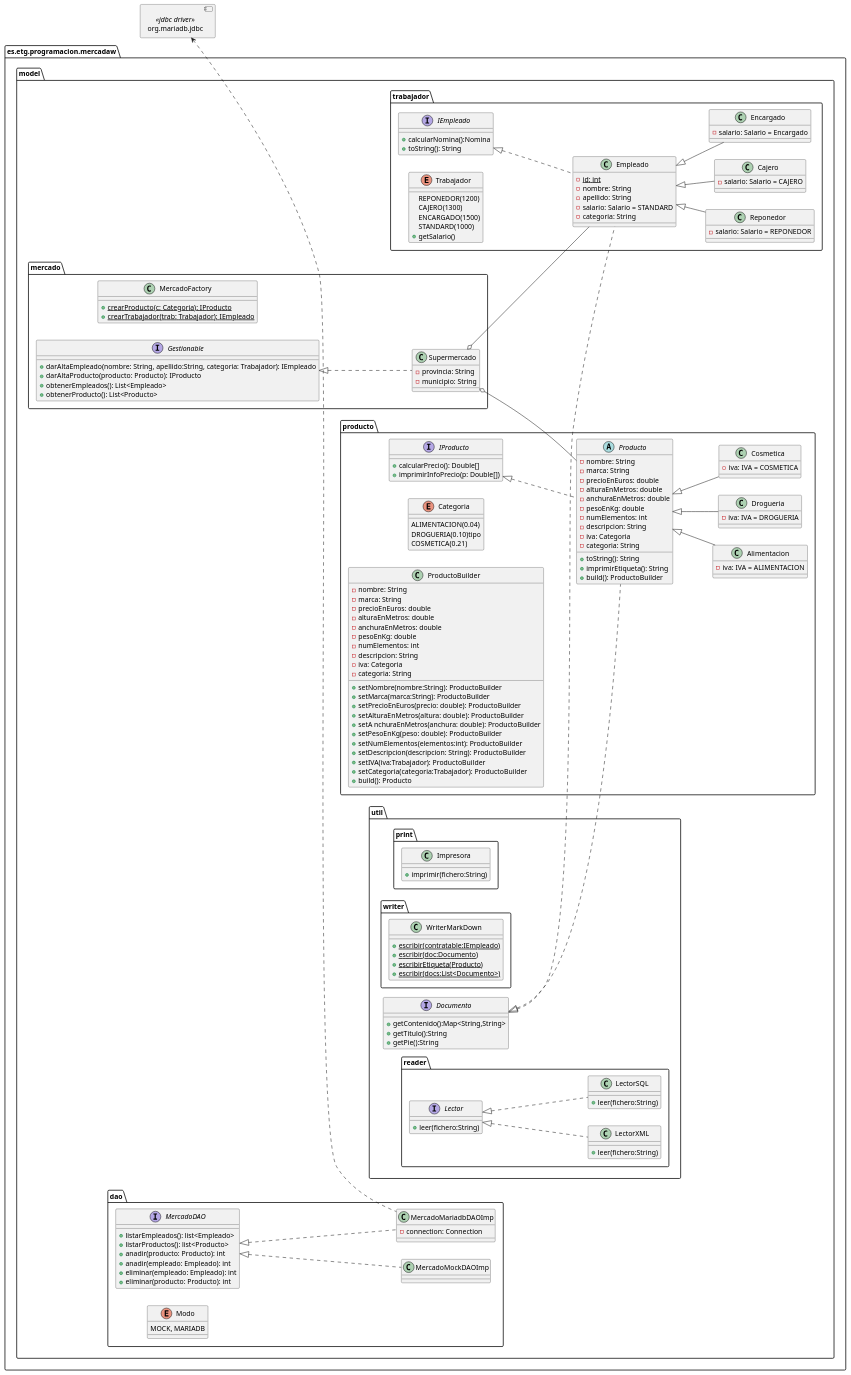
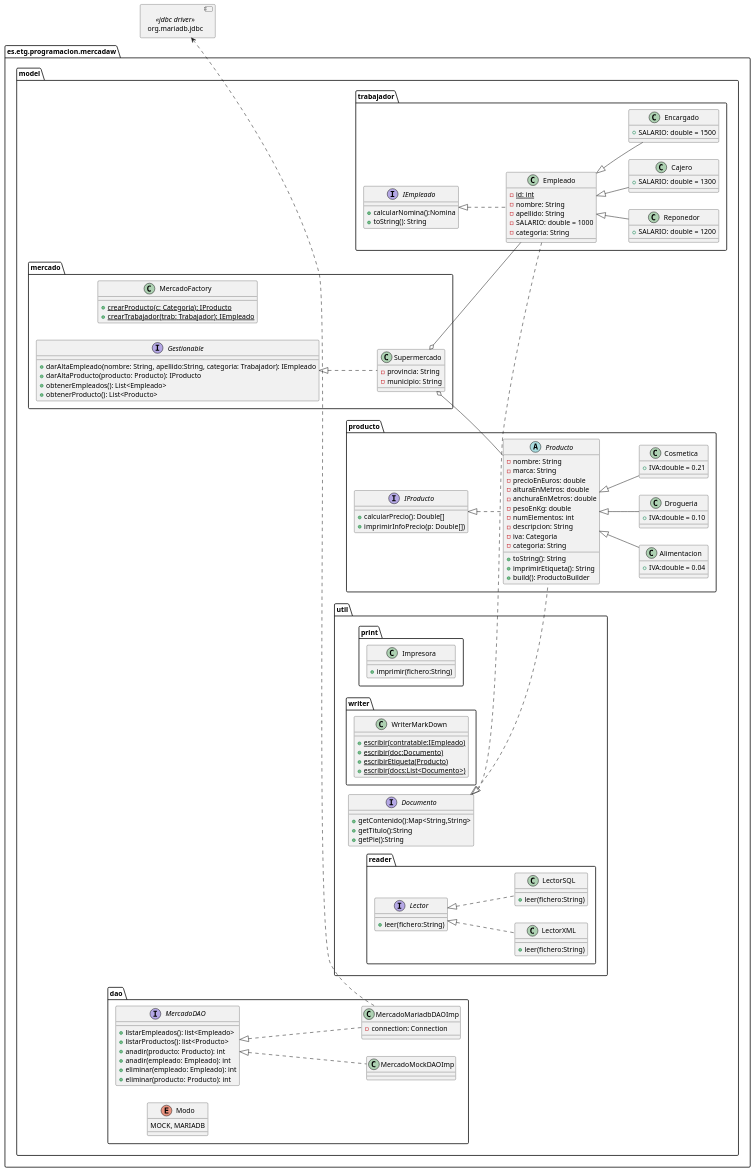
Before and after one commit to Edsonbs/MercaDAW: the first of 2 diagrams in design/DiagramaClases.pu, drawn with PlantUML. The commit also changed 1 other file, not shown here.

```diff
--- a/design/DiagramaClases.pu
+++ b/design/DiagramaClases.pu
@@ -45,73 +45,38 @@
             }
                 
             class Alimentacion{
-                -iva: IVA = ALIMENTACION
+                +IVA:double = 0.04
             }
             class Drogueria{
-                -iva: IVA = DROGUERIA
+                +IVA:double = 0.10
             }
 
             class Cosmetica{
-                -iva: IVA = COSMETICA
+                +IVA:double = 0.21
             }
-            enum Categoria{
-                ALIMENTACION(0.04)
-                DROGUERIA(0.10)tipo
-                COSMETICA(0.21)
-
-            }
-            class ProductoBuilder{
-                -nombre: String
-                -marca: String
-                -precioEnEuros: double
-                -alturaEnMetros: double
-                -anchuraEnMetros: double
-                -pesoEnKg: double
-                -numElementos: int
-                -descripcion: String
-                -iva: Categoria
-                -categoria: String
-                +setNombre(nombre:String): ProductoBuilder
-                +setMarca(marca:String): ProductoBuilder
-                +setPrecioEnEuros(precio: double): ProductoBuilder
-                +setAlturaEnMetros(altura: double): ProductoBuilder
-                +setA nchuraEnMetros(anchura: double): ProductoBuilder
-                +setPesoEnKg(peso: double): ProductoBuilder
-                +setNumElementos(elementos:int): ProductoBuilder
-                +setDescripcion(descripcion: String): ProductoBuilder
-                +setIVA(iva:Trabajador): ProductoBuilder
-                +setCategoria(categoria:Trabajador): ProductoBuilder
-                +build(): Producto
-            }
+        
         }
         package trabajador{
             class Empleado{
                 -{static} id: int
                 -nombre: String
                 -apellido: String
-                -salario: Salario = STANDARD
+                -SALARIO: double = 1000
                 -categoria: String
             }
             class Reponedor{
-                -salario: Salario = REPONEDOR
+                +SALARIO: double = 1200
             }
             class Cajero{
-                -salario: Salario = CAJERO
+                +SALARIO: double = 1300
             }
             class Encargado{
-                -salario: Salario = Encargado
+                +SALARIO: double = 1500
             }
 
             interface IEmpleado{
                 +calcularNomina():Nomina
                 +toString(): String
-            }
-            enum Trabajador {
-                REPONEDOR(1200)
-                CAJERO(1300)
-                ENCARGADO(1500)
-                STANDARD(1000)
-                +getSalario()
             }
             }
         
```
